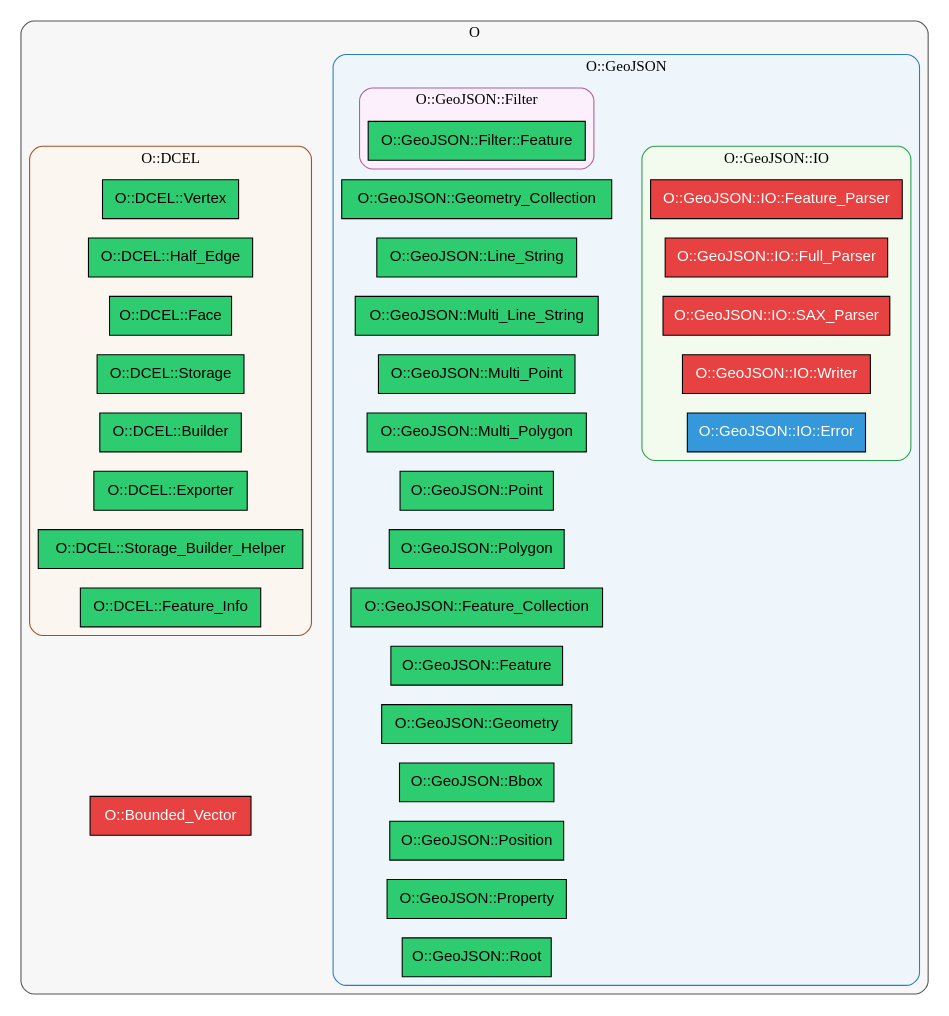
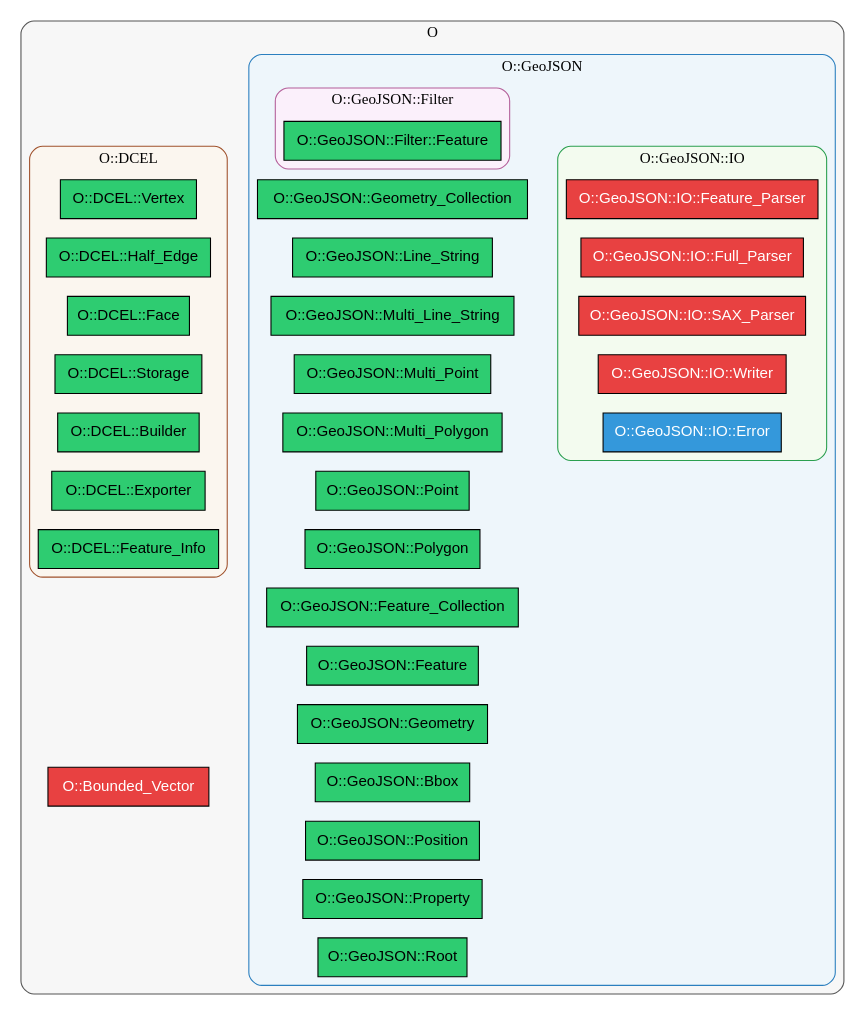
Before and after one commit to leocity207/OGeoflow: the diagram in documentation/diagram/simple_class.dot, drawn with Graphviz. The commit also changed 7 other files, not shown here.

Commit message:
5 - remove dcel-builder class

```diff
--- a/documentation/diagram/simple_class.dot
+++ b/documentation/diagram/simple_class.dot
@@ -1,120 +1,118 @@
 digraph Project {
   graph [splines=true, overlap=false, rankdir=LR];
   node [shape=box, style=filled, fontname="Helvetica"];
   edge [fontname="Helvetica", penwidth=5];
 
   // --- Nodes with types (colors) ---
   // classes (red)
   "O::Bounded_Vector" [fillcolor="#e84141", fontcolor="white"];
   "O::GeoJSON::IO::Feature_Parser" [fillcolor="#e84141", fontcolor="white"];
   "O::GeoJSON::IO::Full_Parser" [fillcolor="#e84141", fontcolor="white"];
   "O::GeoJSON::IO::SAX_Parser" [fillcolor="#e84141", fontcolor="white"];
   "O::GeoJSON::IO::Writer" [fillcolor="#e84141", fontcolor="white"];
 
   // enum (blue)
   "O::GeoJSON::IO::Error" [fillcolor="#3498db", fontcolor="white"];
 
   // structs (green)
   "O::GeoJSON::Geometry_Collection" [fillcolor="#2ecc71", fontcolor="black"];
   "O::GeoJSON::Line_String" [fillcolor="#2ecc71", fontcolor="black"];
   "O::GeoJSON::Multi_Line_String" [fillcolor="#2ecc71", fontcolor="black"];
   "O::GeoJSON::Multi_Point" [fillcolor="#2ecc71", fontcolor="black"];
   "O::GeoJSON::Multi_Polygon" [fillcolor="#2ecc71", fontcolor="black"];
   "O::GeoJSON::Point" [fillcolor="#2ecc71", fontcolor="black"];
   "O::GeoJSON::Polygon" [fillcolor="#2ecc71", fontcolor="black"];
   "O::GeoJSON::Feature_Collection" [fillcolor="#2ecc71", fontcolor="black"];
   "O::GeoJSON::Feature" [fillcolor="#2ecc71", fontcolor="black"];
   "O::GeoJSON::Geometry" [fillcolor="#2ecc71", fontcolor="black"];
   "O::GeoJSON::Bbox" [fillcolor="#2ecc71", fontcolor="black"];
   "O::GeoJSON::Position" [fillcolor="#2ecc71", fontcolor="black"];
   "O::GeoJSON::Property" [fillcolor="#2ecc71", fontcolor="black"];
   "O::GeoJSON::Root" [fillcolor="#2ecc71", fontcolor="black"];
   "O::GeoJSON::Filter::Feature" [fillcolor="#2ecc71", fontcolor="black"];
 
   "O::DCEL::Vertex" [fillcolor="#2ecc71", fontcolor="black"];
   "O::DCEL::Half_Edge" [fillcolor="#2ecc71", fontcolor="black"];
   "O::DCEL::Face" [fillcolor="#2ecc71", fontcolor="black"];
   "O::DCEL::Storage" [fillcolor="#2ecc71", fontcolor="black"];
   "O::DCEL::Builder" [fillcolor="#2ecc71", fontcolor="black"];
   "O::DCEL::Exporter" [fillcolor="#2ecc71", fontcolor="black"];
-  "O::DCEL::Storage_Builder_Helper" [fillcolor="#2ecc71", fontcolor="black"];
   "O::DCEL::Feature_Info" [fillcolor="#2ecc71", fontcolor="black"];
 
   // --- Clusters (matrioshka) ---
   subgraph cluster_O {
     label="O";
     color="#555555";
     style="rounded,filled";
     fillcolor="#f7f7f7";
 
     // top-level node(s) in O
     "O::Bounded_Vector";
 
     // GeoJSON cluster
     subgraph cluster_O_GeoJSON {
       label="O::GeoJSON";
       color="#2b7fbf";
       style="rounded,filled";
       fillcolor="#eef6fb";
 
       // IO cluster inside GeoJSON
       subgraph cluster_O_GeoJSON_IO {
         label="O::GeoJSON::IO";
         color="#2b9f4f";
         style="rounded,filled";
         fillcolor="#f3fbef";
 
         "O::GeoJSON::IO::Feature_Parser";
         "O::GeoJSON::IO::Full_Parser";
         "O::GeoJSON::IO::SAX_Parser";
         "O::GeoJSON::IO::Writer";
         "O::GeoJSON::IO::Error";
       }
 
       // Filter cluster inside GeoJSON
       subgraph cluster_O_GeoJSON_Filter {
         label="O::GeoJSON::Filter";
         color="#b45f9a";
         style="rounded,filled";
         fillcolor="#fbf0fb";
 
         "O::GeoJSON::Filter::Feature";
       }
 
       // geometry & feature nodes
       "O::GeoJSON::Geometry_Collection";
       "O::GeoJSON::Line_String";
       "O::GeoJSON::Multi_Line_String";
       "O::GeoJSON::Multi_Point";
       "O::GeoJSON::Multi_Polygon";
       "O::GeoJSON::Point";
       "O::GeoJSON::Polygon";
       "O::GeoJSON::Feature_Collection";
       "O::GeoJSON::Feature";
       "O::GeoJSON::Geometry";
       "O::GeoJSON::Bbox";
       "O::GeoJSON::Position";
       "O::GeoJSON::Property";
       "O::GeoJSON::Root";
     }
 
     // DCEL cluster
     subgraph cluster_O_DCEL {
       label="O::DCEL";
       color="#a0522d";
       style="rounded,filled";
       fillcolor="#fbf6ef";
 
       "O::DCEL::Vertex";
       "O::DCEL::Half_Edge";
       "O::DCEL::Face";
       "O::DCEL::Storage";
       "O::DCEL::Builder";
       "O::DCEL::Exporter";
-      "O::DCEL::Storage_Builder_Helper";
       "O::DCEL::Feature_Info";
     }
   }
   "O::DCEL::Vertex" -> "O::GeoJSON::Geometry_Collection" [style=invis]
   "O::GeoJSON::Geometry_Collection" -> "O::GeoJSON::IO::Feature_Parser" [style=invis]
 }
```
